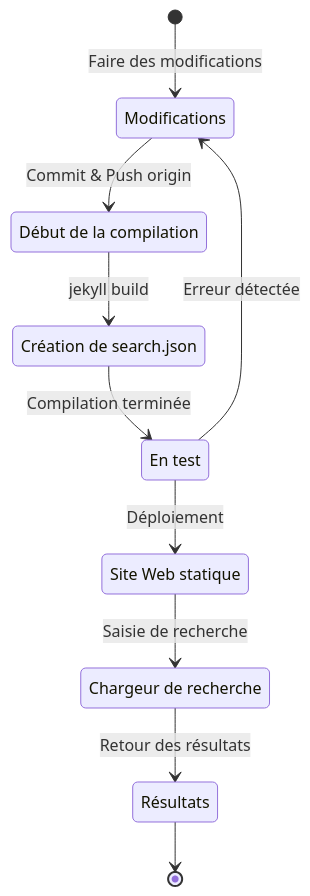
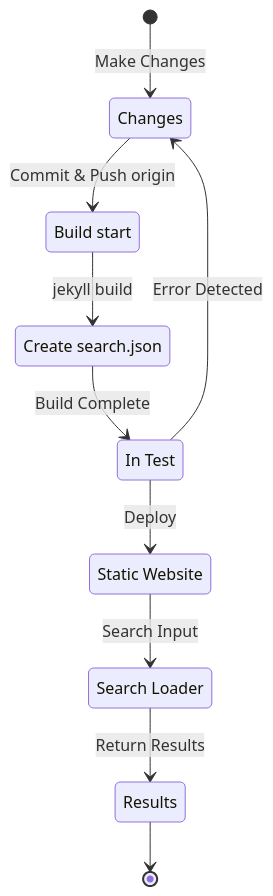
One commit to yunseo-kim/yunseo-kim.github.io changed the diagram in _posts/fr/2024-11-25-how-to-support-multi-language-on-jekyll-blog-with-polyglot-2.md. Above: the diagram before and after it, drawn with Mermaid. The commit also changed other lines of this file and 84 other files, not shown here.

````diff
--- a/_posts/fr/2024-11-25-how-to-support-multi-language-on-jekyll-blog-with-polyglot-2.md
+++ b/_posts/fr/2024-11-25-how-to-support-multi-language-on-jekyll-blog-with-polyglot-2.md
@@ -325,20 +321,20 @@
 ```mermaid
 stateDiagram
-  state "Modifications" as CH
-  state "Début de la compilation" as BLD
-  state "Création de search.json" as IDX
-  state "Site Web statique" as DEP
-  state "En test" as TST
-  state "Chargeur de recherche" as SCH
-  state "Résultats" as R
+  state "Changes" as CH
+  state "Build start" as BLD
+  state "Create search.json" as IDX
+  state "Static Website" as DEP
+  state "In Test" as TST
+  state "Search Loader" as SCH
+  state "Results" as R
     
-  [*] --> CH: Faire des modifications
+  [*] --> CH: Make Changes
   CH --> BLD: Commit & Push origin
   BLD --> IDX: jekyll build
-  IDX --> TST: Compilation terminée
-  TST --> CH: Erreur détectée
-  TST --> DEP: Déploiement
-  DEP --> SCH: Saisie de recherche
-  SCH --> R: Retour des résultats
+  IDX --> TST: Build Complete
+  TST --> CH: Error Detected
+  TST --> DEP: Deploy
+  DEP --> SCH: Search Input
+  SCH --> R: Return Results
   R --> [*]
 ```
````
